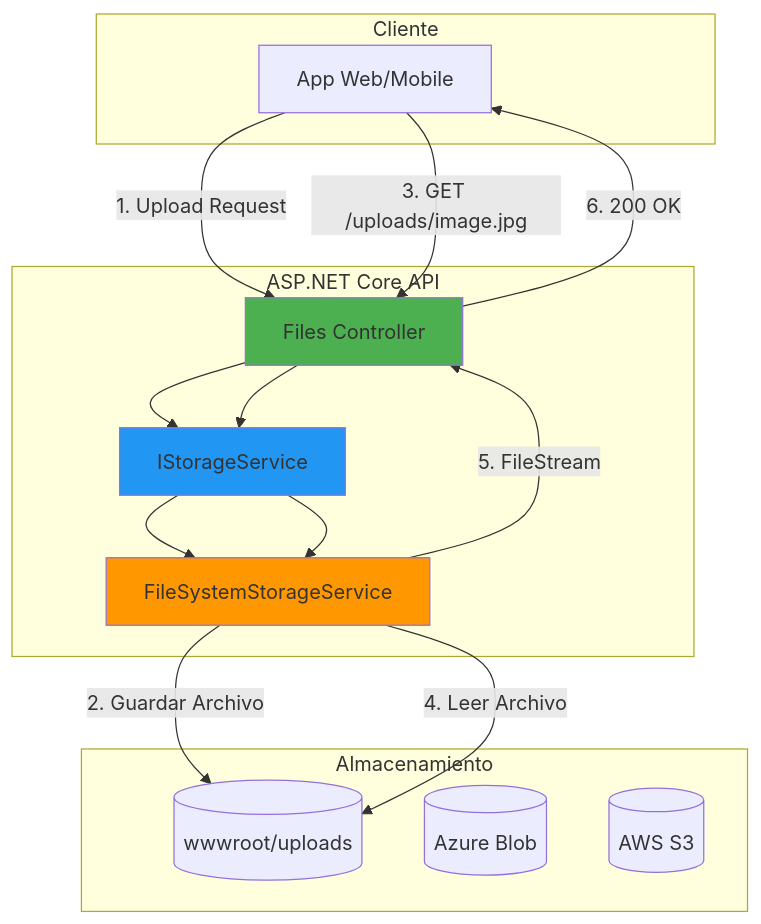
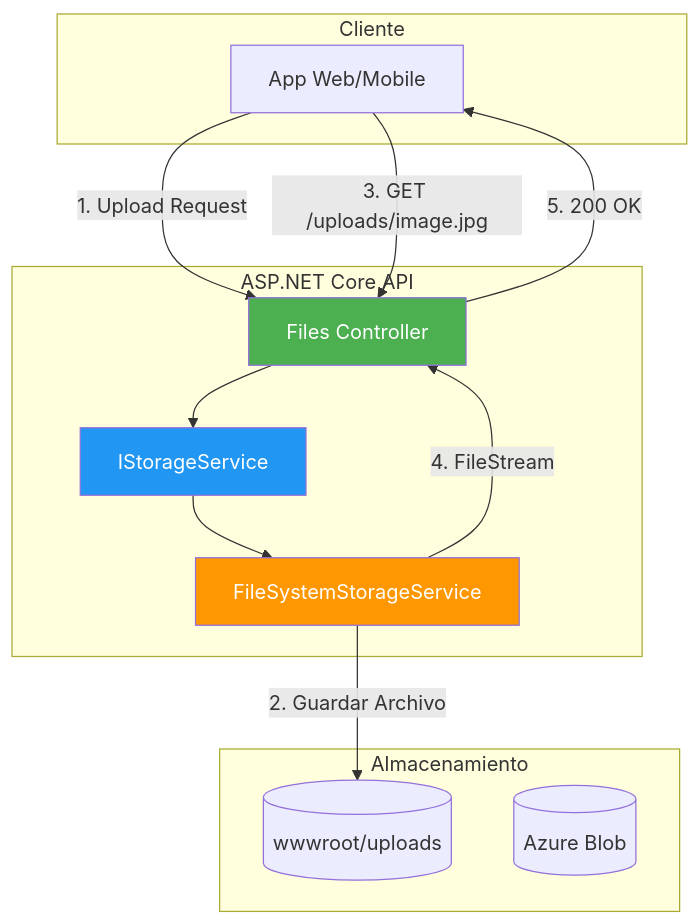
One commit to joseluisgs/DesarrolloWebEntornosServidor-02-2026-2027 changed the first of 3 diagrams in 20-file-storage.md. Above: the diagram before and after it, drawn with Mermaid. The commit also changed other lines of this file and 17 other files, not shown here.

````diff
--- a/20-file-storage.md
+++ b/20-file-storage.md
@@ -26,34 +62,30 @@
 ```mermaid
 graph TD
     subgraph "Cliente"
         A[App Web/Mobile]
     end
     
     subgraph "ASP.NET Core API"
         B[Files Controller]
         C[IStorageService]
         D[FileSystemStorageService]
     end
     
     subgraph "Almacenamiento"
         E[(wwwroot/uploads)]
         F[(Azure Blob)]
-        G[(AWS S3)]
     end
     
     A -->|1. Upload Request| B
     B --> C
     C --> D
     D -->|2. Guardar Archivo| E
     
     A -->|3. GET /uploads/image.jpg| B
-    B --> C
-    C --> D
-    D -->|4. Leer Archivo| E
-    D -->|5. FileStream| B
-    B -->|6. 200 OK| A
+    D -->|4. FileStream| B
+    B -->|5. 200 OK| A
     
-    style B fill:#4CAF50
-    style C fill:#2196F3
-    style D fill:#FF9800
+    style B fill:#4CAF50,color:#fff
+    style C fill:#2196F3,color:#fff
+    style D fill:#FF9800,color:#fff
 ```
````
